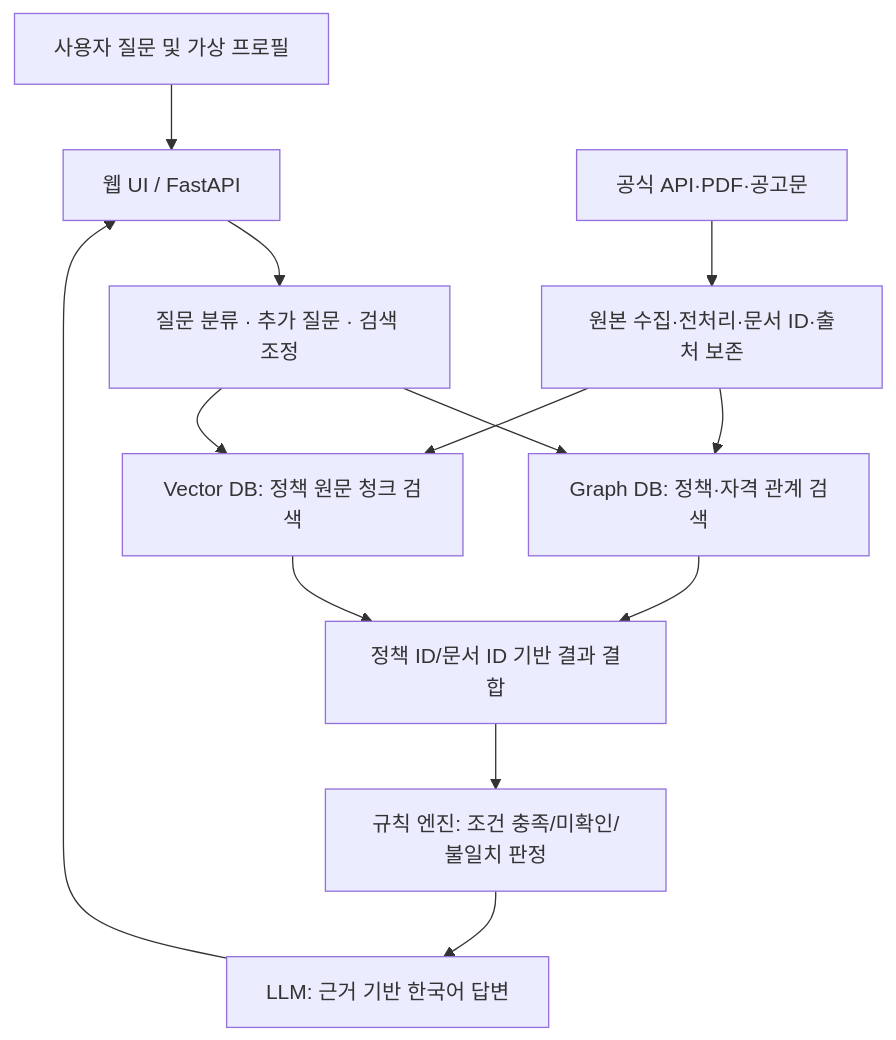
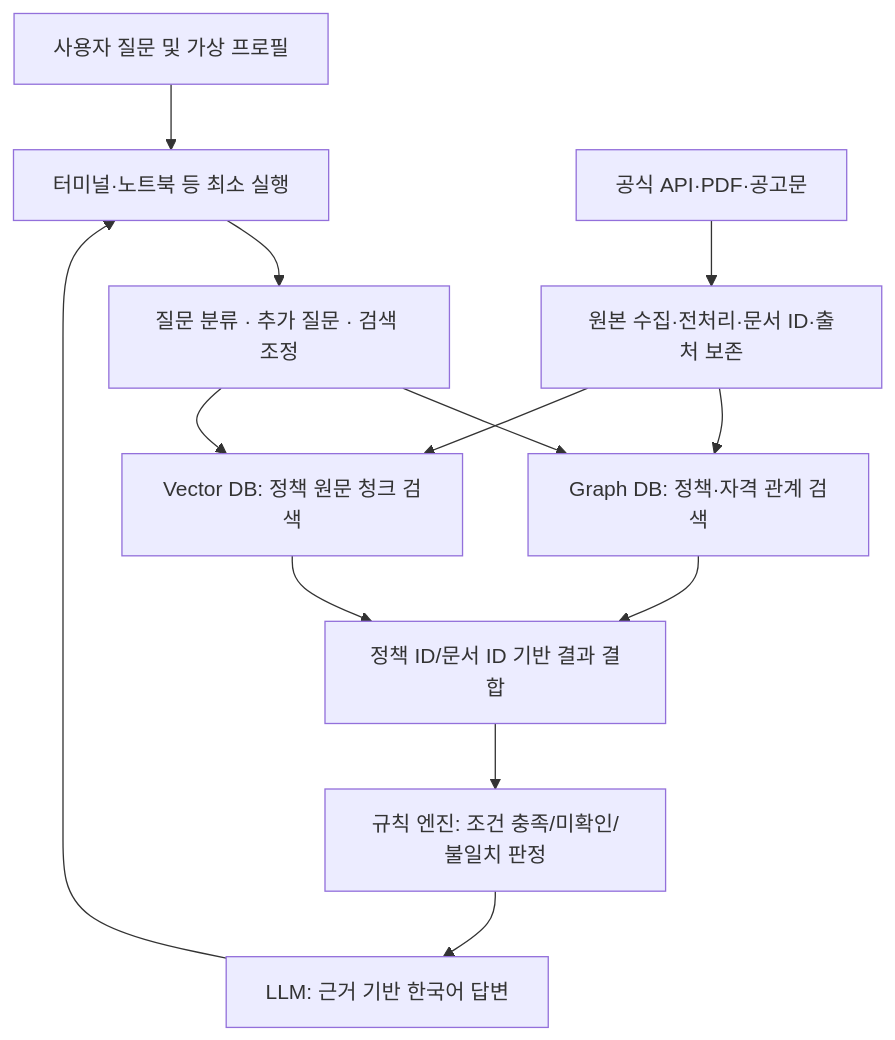
One commit to SKNETWORKS-FAMILY-AICAMP/SKN36-3rd-1Team changed the diagram in docs/product/PRD.md. Above: the diagram before and after it, drawn with Mermaid. The commit also changed other lines of this file and 6 other files, not shown here.

````diff
--- a/docs/product/PRD.md
+++ b/docs/product/PRD.md
@@ -139,15 +139,15 @@
 ```mermaid
 flowchart TD
-    U[사용자 질문 및 가상 프로필] --> API[웹 UI / FastAPI]
+    U[사용자 질문 및 가상 프로필] --> API[터미널·노트북 등 최소 실행]
     API --> FLOW[질문 분류 · 추가 질문 · 검색 조정]
     FLOW --> G[Graph DB: 정책·자격 관계 검색]
     FLOW --> V[Vector DB: 정책 원문 청크 검색]
     G --> M[정책 ID/문서 ID 기반 결과 결합]
     V --> M
     M --> E[규칙 엔진: 조건 충족/미확인/불일치 판정]
     E --> L[LLM: 근거 기반 한국어 답변]
     L --> API
     S[공식 API·PDF·공고문] --> P[원본 수집·전처리·문서 ID·출처 보존]
     P --> G
     P --> V
 ```
````
